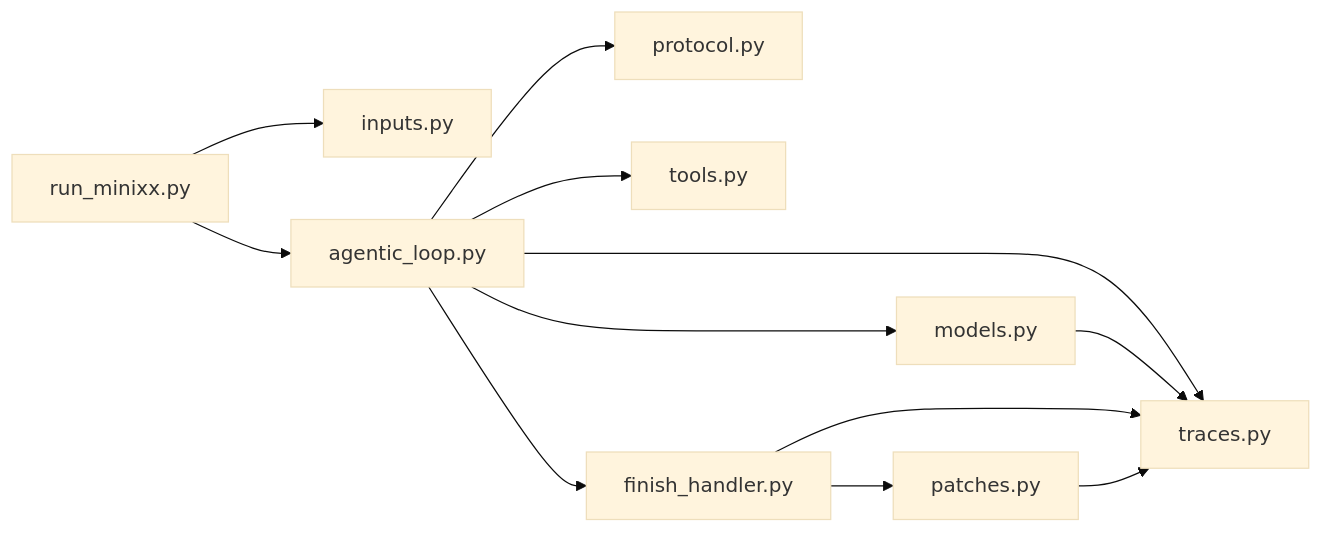
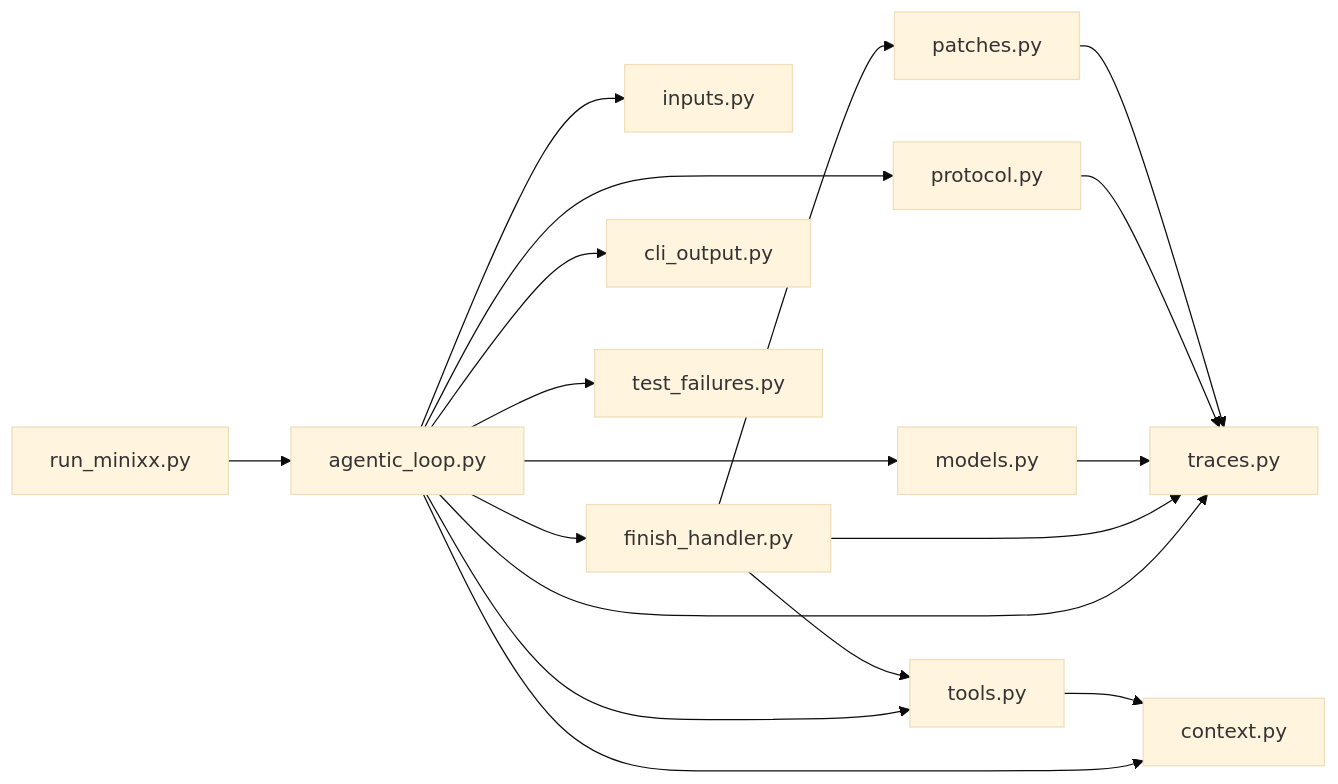
Before and after one commit to mtov/minixx: the second of 2 diagrams in README.md, drawn with Mermaid (base theme). The commit also changed other lines of this file, not shown here.

Commit message:
docs: refresh README for current patch and test workflow

````diff
--- a/README.md
+++ b/README.md
@@ -220,14 +224,20 @@
 ```mermaid
 flowchart LR
-    A[run_minixx.py] --> B[inputs.py]
-    A --> C[agentic_loop.py]
-    C --> D[models.py]
-    C --> E[protocol.py]
-    C --> F[tools.py]
-    C --> G[finish_handler.py]
-    G --> H[patches.py]
-    C --> I[traces.py]
-    D --> I
-    G --> I
-    H --> I
+    A[run_minixx.py] --> B[agentic_loop.py]
+    B --> C[inputs.py]
+    B --> D[models.py]
+    B --> E[protocol.py]
+    B --> F[tools.py]
+    B --> G[finish_handler.py]
+    B --> H[cli_output.py]
+    B --> I[test_failures.py]
+    B --> J[traces.py]
+    B --> K[context.py]
+    F --> K
+    G --> L[patches.py]
+    G --> F
+    G --> J
+    D --> J
+    E --> J
+    L --> J
 ```
````
